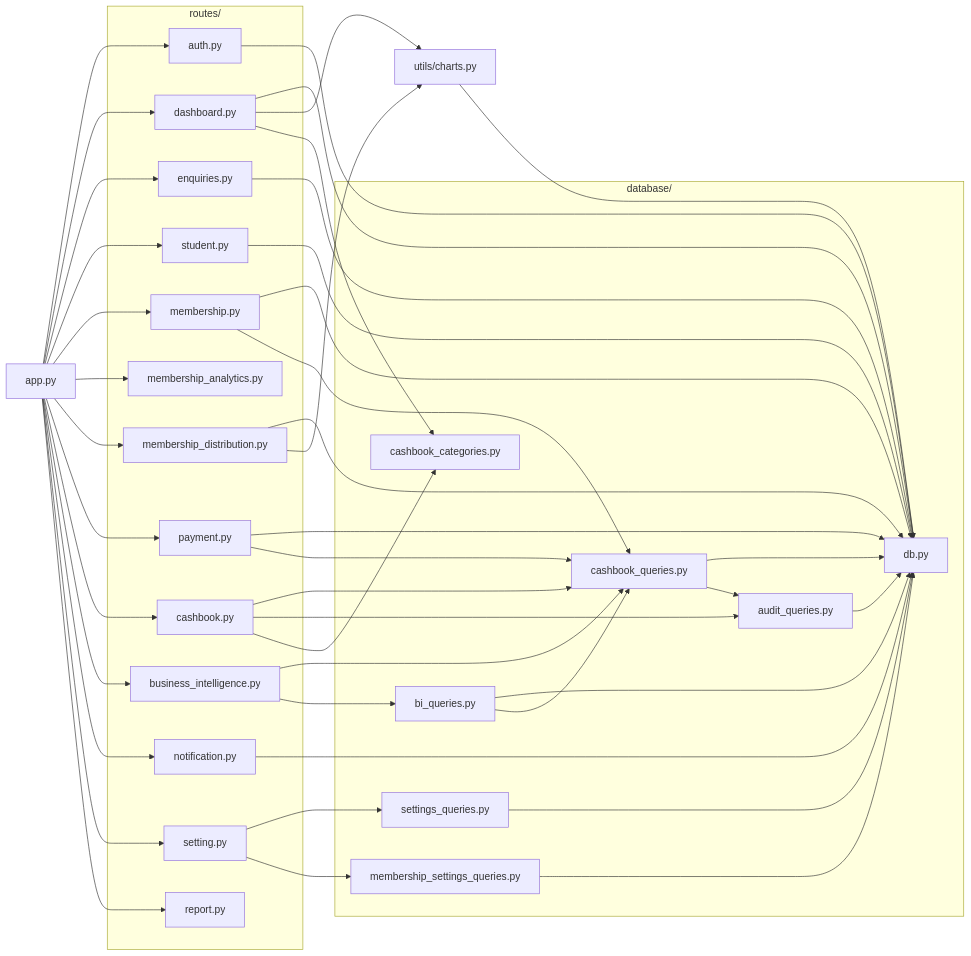
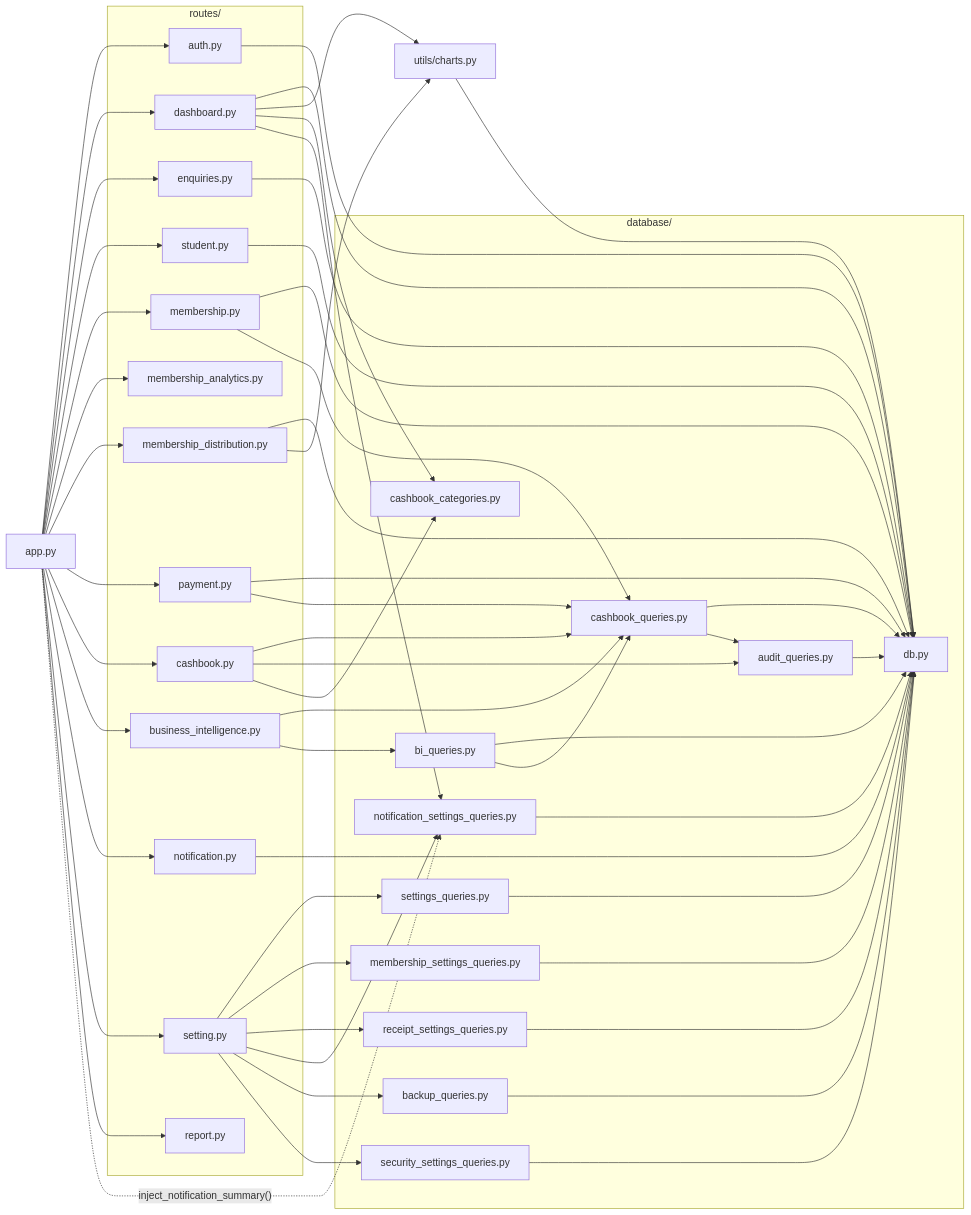
Before and after one commit to saloni-keshore/smart-library-management-system: the fifth of 5 diagrams in docs/DIAGRAMS.md, drawn with Mermaid. The commit also changed other lines of this file and 39 other files, not shown here.

First line of the commit message:
Add settings management for security, notifications, and receipts

````diff
--- a/docs/DIAGRAMS.md
+++ b/docs/DIAGRAMS.md
@@ -256,6 +291,10 @@
         cashbook_categories_py["cashbook_categories.py"]
         membership_settings_queries_py["membership_settings_queries.py"]
         settings_queries_py["settings_queries.py"]
+        receipt_settings_queries_py["receipt_settings_queries.py"]
+        notification_settings_queries_py["notification_settings_queries.py"]
+        backup_queries_py["backup_queries.py"]
+        security_settings_queries_py["security_settings_queries.py"]
     end
 
     charts_py["utils/charts.py"]
@@ -294,6 +333,12 @@
     notification_py --> db_py
     setting_py --> settings_queries_py
     setting_py --> membership_settings_queries_py
+    setting_py --> receipt_settings_queries_py
+    setting_py --> notification_settings_queries_py
+    setting_py --> backup_queries_py
+    setting_py --> security_settings_queries_py
+    app_py -.->|"inject_notification_summary()"| notification_settings_queries_py
+    dashboard_py --> notification_settings_queries_py
 
     cashbook_queries_py --> db_py
     cashbook_queries_py --> audit_queries_py
@@ -302,5 +347,9 @@
     audit_queries_py --> db_py
     membership_settings_queries_py --> db_py
     settings_queries_py --> db_py
+    receipt_settings_queries_py --> db_py
+    notification_settings_queries_py --> db_py
+    backup_queries_py --> db_py
+    security_settings_queries_py --> db_py
     charts_py --> db_py
 ```
````
